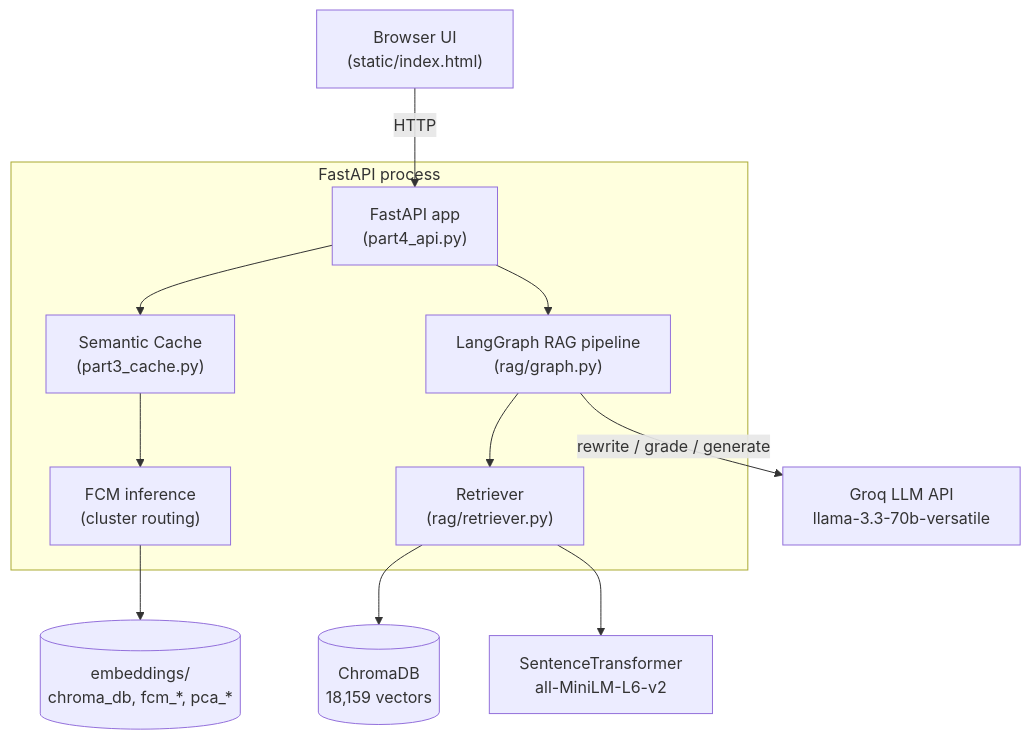
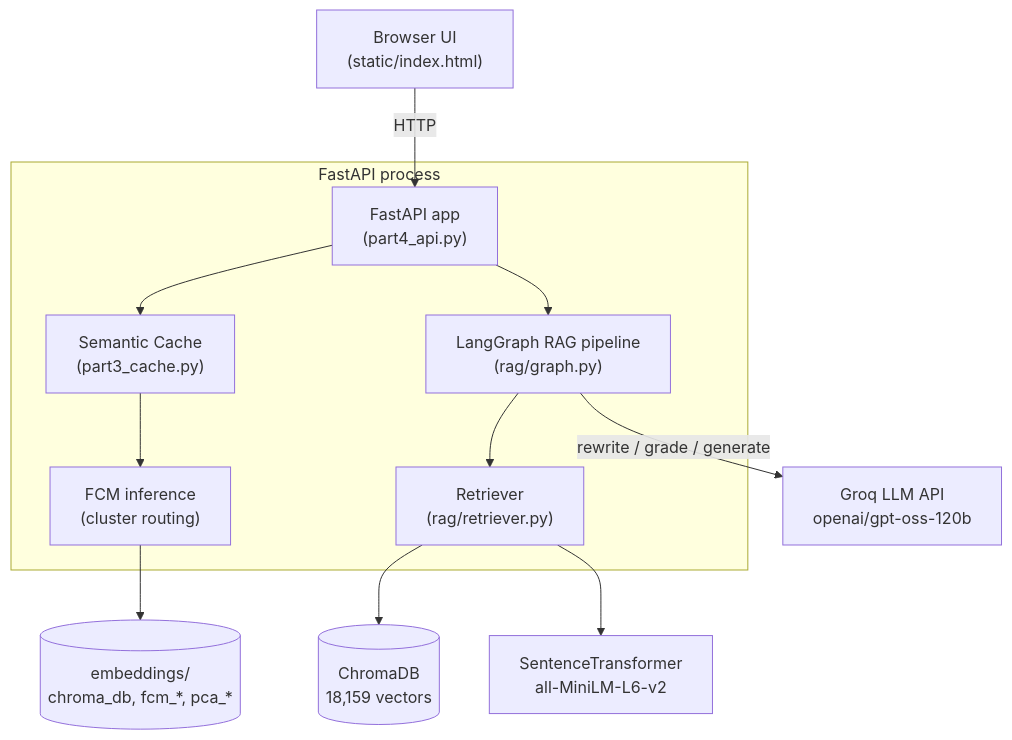
Before and after one commit to PerinbaBuilds/Semantic-RAG-Search: the first of 2 diagrams in docs/ARCHITECTURE.md, drawn with Mermaid. The commit also changed other lines of this file and 5 other files, not shown here.

First line of the commit message:
fix: switch to openai/gpt-oss-120b (llama-3.3-70b-versatile decommissioned)

````diff
--- a/docs/ARCHITECTURE.md
+++ b/docs/ARCHITECTURE.md
@@ -19,16 +19,16 @@
 ```mermaid
 flowchart TD
     UI["Browser UI<br/>(static/index.html)"] -->|HTTP| API["FastAPI app<br/>(part4_api.py)"]
 
     subgraph APP["FastAPI process"]
         API --> CACHE["Semantic Cache<br/>(part3_cache.py)"]
         API --> GRAPH["LangGraph RAG pipeline<br/>(rag/graph.py)"]
         CACHE --> FCM["FCM inference<br/>(cluster routing)"]
         GRAPH --> RETR["Retriever<br/>(rag/retriever.py)"]
     end
 
     RETR --> CHROMA[("ChromaDB<br/>18,159 vectors")]
     RETR --> EMB["SentenceTransformer<br/>all-MiniLM-L6-v2"]
-    GRAPH -->|rewrite / grade / generate| GROQ["Groq LLM API<br/>llama-3.3-70b-versatile"]
+    GRAPH -->|rewrite / grade / generate| GROQ["Groq LLM API<br/>openai/gpt-oss-120b"]
     FCM --> ARTIFACTS[("embeddings/<br/>chroma_db, fcm_*, pca_*")]
 ```
````
